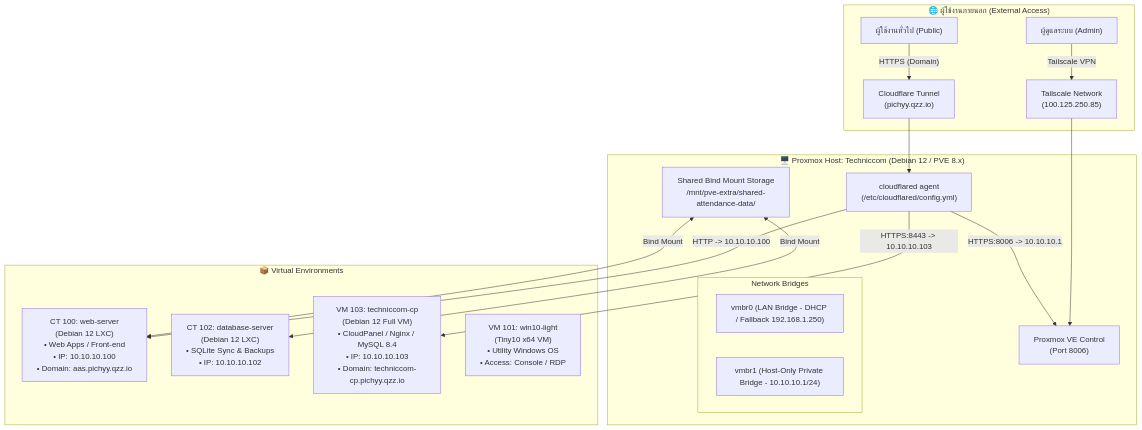
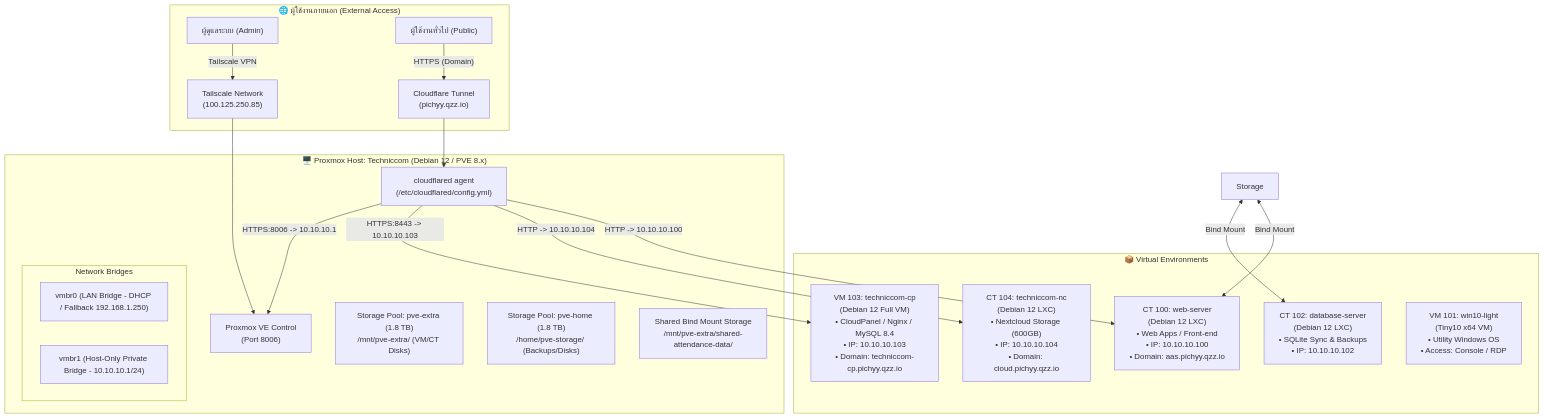
One commit to PichyyyNews/LBtech-Techniccom-server-proxmox changed the diagram in README.md. Above: the diagram before and after it, drawn with Mermaid. The commit also changed other lines of this file and 36 other files, not shown here.

````diff
--- a/README.md
+++ b/README.md
@@ -23,35 +23,39 @@
 ```mermaid
 flowchart TB
     subgraph External_Users["🌐 ผู้ใช้งานภายนอก (External Access)"]
         A1["ผู้ดูแลระบบ (Admin)"] -- "Tailscale VPN" --> VPN["Tailscale Network\n(100.125.250.85)"]
         A2["ผู้ใช้งานทั่วไป (Public)"] -- "HTTPS (Domain)" --> CF["Cloudflare Tunnel\n(pichyy.qzz.io)"]
     end
 
     subgraph Host_Node["🖥️ Proxmox Host: Techniccom (Debian 12 / PVE 8.x)"]
         PVE["Proxmox VE Control\n(Port 8006)"]
         CFT["cloudflared agent\n(/etc/cloudflared/config.yml)"]
-        Storage["Shared Bind Mount Storage\n/mnt/pve-extra/shared-attendance-data/"]
+        Storage1["Storage Pool: pve-extra (1.8 TB)\n/mnt/pve-extra/ (VM/CT Disks)"]
+        Storage2["Storage Pool: pve-home (1.8 TB)\n/home/pve-storage/ (Backups/Disks)"]
+        SharedData["Shared Bind Mount Storage\n/mnt/pve-extra/shared-attendance-data/"]
         
         subgraph Bridges["Network Bridges"]
             VMBR0["vmbr0 (LAN Bridge - DHCP / Fallback 192.168.1.250)"]
             VMBR1["vmbr1 (Host-Only Private Bridge - 10.10.10.1/24)"]
         end
     end
 
     VPN --> PVE
     CF --> CFT
 
     subgraph Guests["📦 Virtual Environments"]
         CT100["CT 100: web-server\n(Debian 12 LXC)\n• Web Apps / Front-end\n• IP: 10.10.10.100\n• Domain: aas.pichyy.qzz.io"]
         CT102["CT 102: database-server\n(Debian 12 LXC)\n• SQLite Sync & Backups\n• IP: 10.10.10.102"]
+        CT104["CT 104: techniccom-nc\n(Debian 12 LXC)\n• Nextcloud Storage (600GB)\n• IP: 10.10.10.104\n• Domain: cloud.pichyy.qzz.io"]
         VM103["VM 103: techniccom-cp\n(Debian 12 Full VM)\n• CloudPanel / Nginx / MySQL 8.4\n• IP: 10.10.10.103\n• Domain: techniccom-cp.pichyy.qzz.io"]
         VM101["VM 101: win10-light\n(Tiny10 x64 VM)\n• Utility Windows OS\n• Access: Console / RDP"]
     end
 
     CFT -- "HTTP -> 10.10.10.100" --> CT100
+    CFT -- "HTTP -> 10.10.10.104" --> CT104
     CFT -- "HTTPS:8443 -> 10.10.10.103" --> VM103
     CFT -- "HTTPS:8006 -> 10.10.10.1" --> PVE
 
     Storage <-->|"Bind Mount"| CT100
     Storage <-->|"Bind Mount"| CT102
 ```
````
